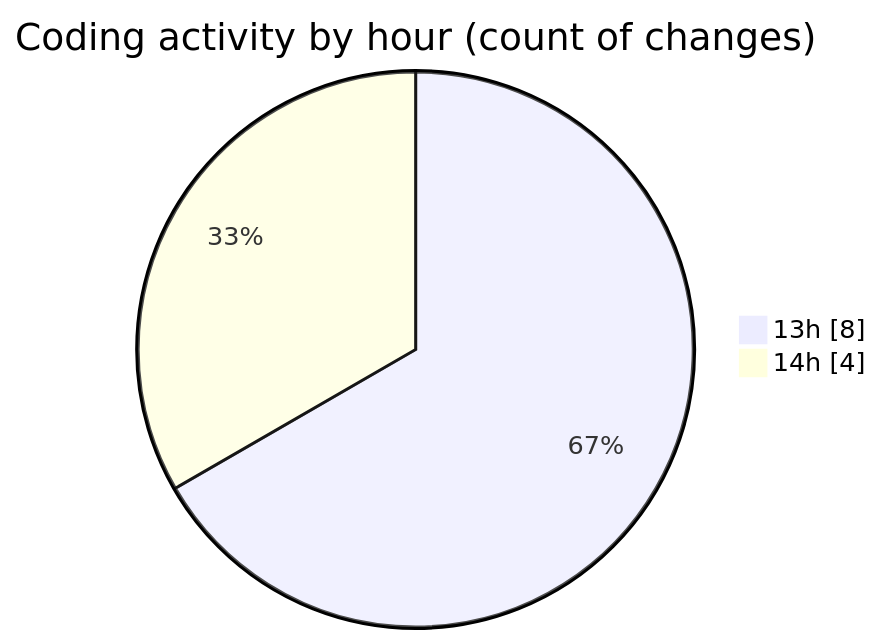
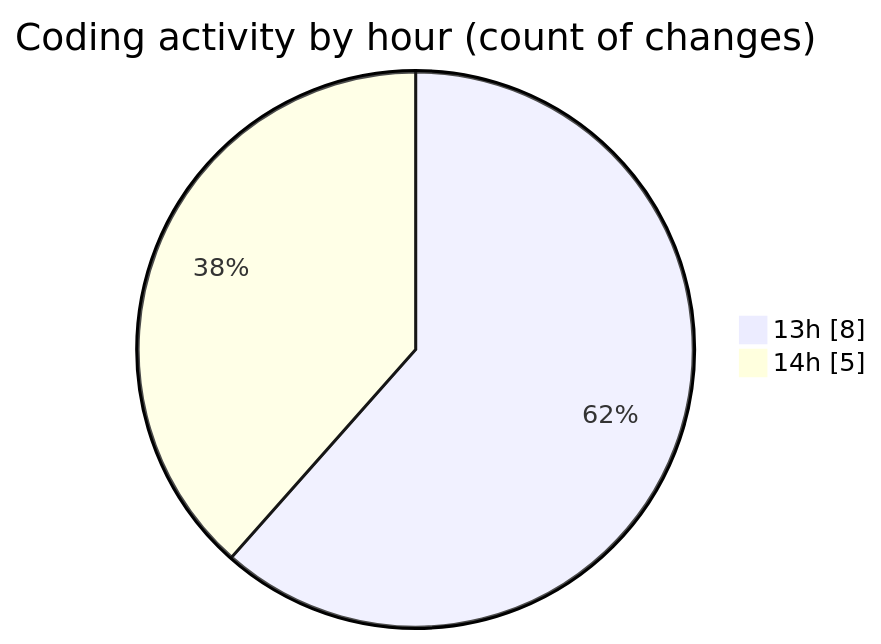
Before and after one commit to BS-eng2023/code-tracking: the second of 2 diagrams in 2025-04-03/jsvms/README.md, drawn with Mermaid. The commit also changed other lines of this file and 1 other file, not shown here.

````diff
--- a/2025-04-03/jsvms/README.md
+++ b/2025-04-03/jsvms/README.md
@@ -33,6 +33,6 @@
 ```mermaid
 pie showData
 title Coding activity by hour (count of changes)
 "13h" : 8
-"14h" : 4
+"14h" : 5
 ```
````
